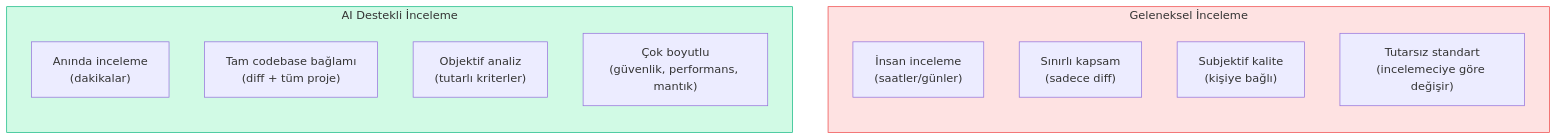
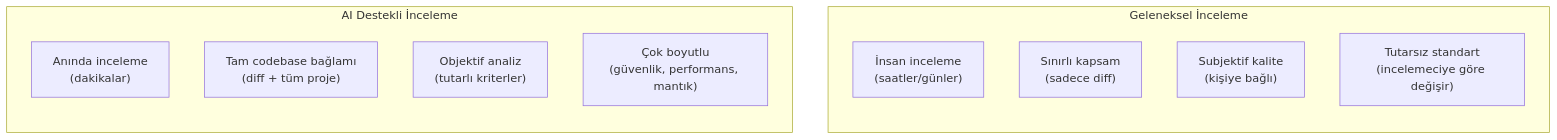
The first of 3 diagrams in 16-cicd-ve-devops/03-kod-inceleme-otomasyonu.md (IzzetYasinAtes/ClaudeCodeHandbook), drawn with Mermaid before and after one commit. The commit also changed other lines of this file and 97 other files, not shown here.

Commit message:
Remove all custom Mermaid style/fill colors from 98 markdown files for consistent dark theme rendering

````diff
--- a/16-cicd-ve-devops/03-kod-inceleme-otomasyonu.md
+++ b/16-cicd-ve-devops/03-kod-inceleme-otomasyonu.md
@@ -19,21 +19,19 @@
 ```mermaid
 flowchart TB
     subgraph traditional ["Geleneksel İnceleme"]
         direction TB
         T1["İnsan inceleme<br/>(saatler/günler)"]
         T2["Sınırlı kapsam<br/>(sadece diff)"]
         T3["Subjektif kalite<br/>(kişiye bağlı)"]
         T4["Tutarsız standart<br/>(incelemeciye göre değişir)"]
     end
 
     subgraph ai ["AI Destekli İnceleme"]
         direction TB
         A1["Anında inceleme<br/>(dakikalar)"]
         A2["Tam codebase bağlamı<br/>(diff + tüm proje)"]
         A3["Objektif analiz<br/>(tutarlı kriterler)"]
         A4["Çok boyutlu<br/>(güvenlik, performans, mantık)"]
     end
 
-    style traditional fill:#FEE2E2,stroke:#EF4444
-    style ai fill:#D1FAE5,stroke:#10B981
 ```
````
